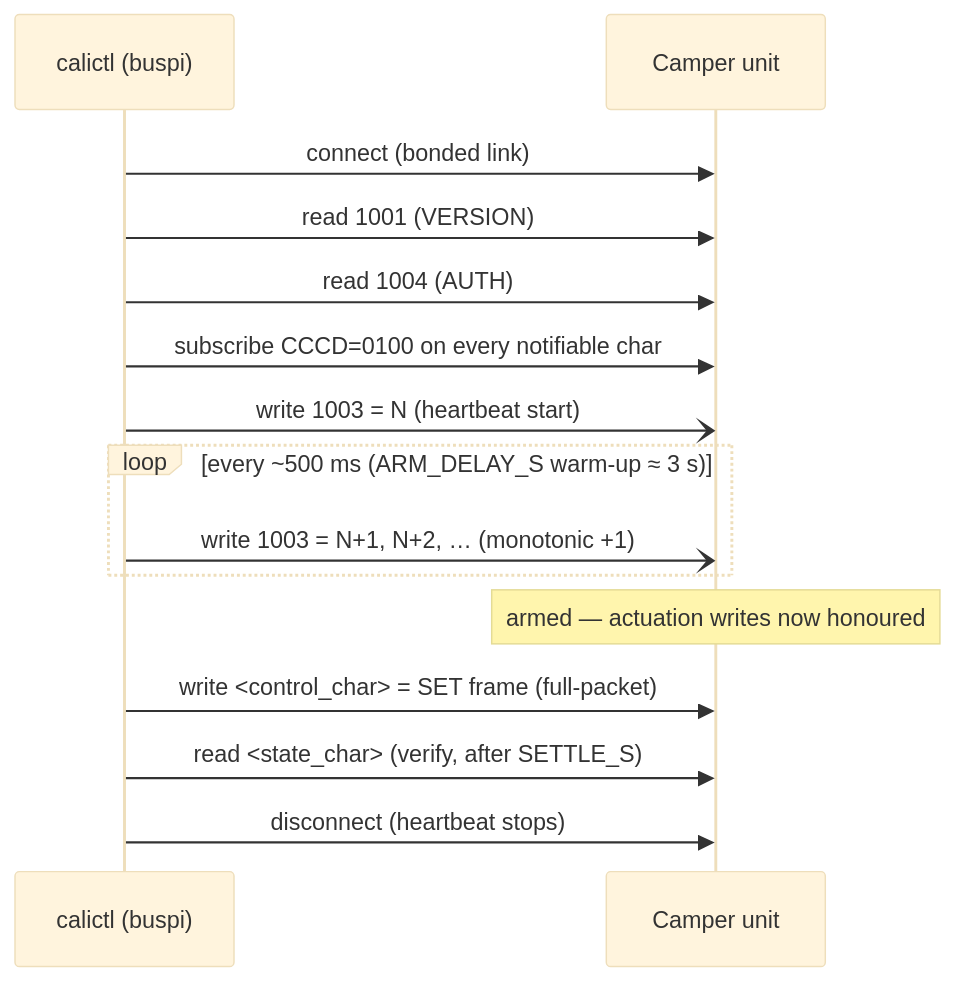
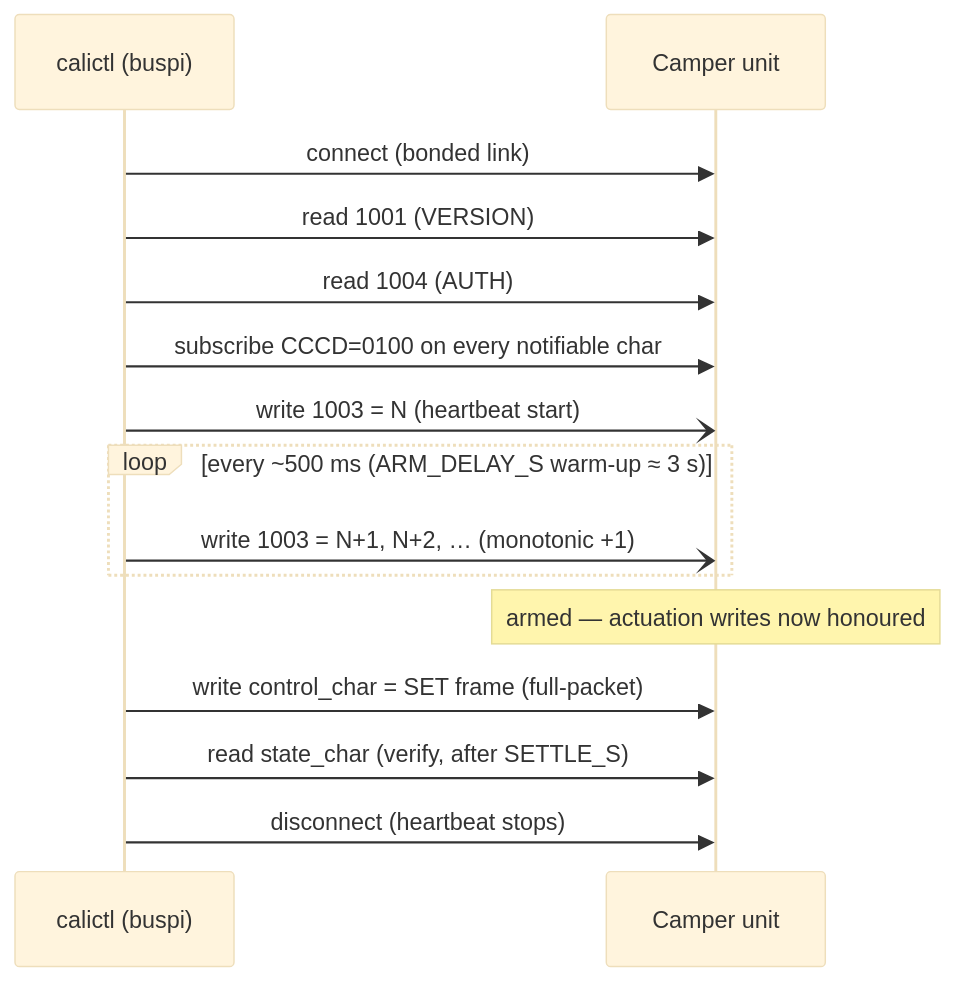
Before and after one commit to ckeller42/open-california: the third of 8 diagrams in docs/business-logic/protocol-sequences.md, drawn with Mermaid (base theme). The commit also changed other lines of this file and 21 other files, not shown here.

````diff
--- a/docs/business-logic/protocol-sequences.md
+++ b/docs/business-logic/protocol-sequences.md
@@ -63,17 +63,17 @@
 ```mermaid
 sequenceDiagram
     participant C as calictl (buspi)
     participant U as Camper unit
     C->>U: connect (bonded link)
     C->>U: read 1001 (VERSION)
     C->>U: read 1004 (AUTH)
     C->>U: subscribe CCCD=0100 on every notifiable char
     C-)U: write 1003 = N   (heartbeat start)
     loop every ~500 ms (ARM_DELAY_S warm-up ≈ 3 s)
         C-)U: write 1003 = N+1, N+2, … (monotonic +1)
     end
     Note over U: armed — actuation writes now honoured
-    C->>U: write <control_char> = SET frame (full-packet)
-    C->>U: read <state_char>   (verify, after SETTLE_S)
+    C->>U: write control_char = SET frame (full-packet)
+    C->>U: read state_char   (verify, after SETTLE_S)
     C->>U: disconnect          (heartbeat stops)
 ```
````
